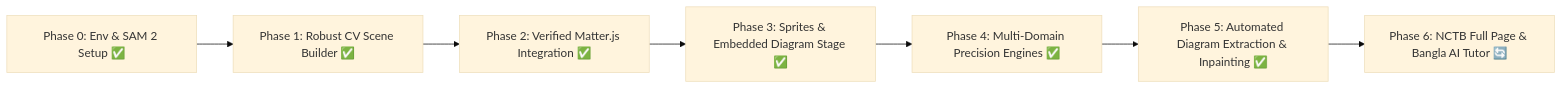
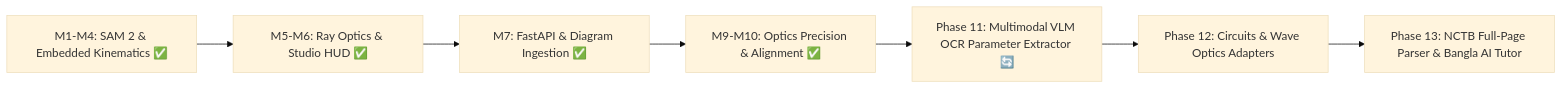
Before and after one commit to rahi-sadat/AI-Enhanced-Interactive-Physics-Textbook: the diagram in PROJECT_CONTEXT.md, drawn with Mermaid (base theme). The commit also changed other lines of this file and 1 other file, not shown here.

Commit message:
fix(calibration): calibrate interface refraction ray overlay and update project context

````diff
--- a/PROJECT_CONTEXT.md
+++ b/PROJECT_CONTEXT.md
@@ -199,9 +376,9 @@
 ```mermaid
 graph LR
-    P0[Phase 0: Env & SAM 2 Setup ✅] --> P1[Phase 1: Robust CV Scene Builder ✅]
-    P1 --> P2[Phase 2: Verified Matter.js Integration ✅]
-    P2 --> P3[Phase 3: Sprites & Embedded Diagram Stage ✅]
-    P3 --> P4[Phase 4: Multi-Domain Precision Engines ✅]
-    P4 --> P5[Phase 5: Automated Diagram Extraction & Inpainting ✅]
-    P5 --> P6[Phase 6: NCTB Full Page & Bangla AI Tutor 🔄]
+    M1[M1-M4: SAM 2 & Embedded Kinematics ✅] --> M5[M5-M6: Ray Optics & Studio HUD ✅]
+    M5 --> M7[M7: FastAPI & Diagram Ingestion ✅]
+    M7 --> M9[M9-M10: Optics Precision & Alignment ✅]
+    M9 --> M11[Phase 11: Multimodal VLM OCR Parameter Extractor 🔄]
+    M11 --> M12[Phase 12: Circuits & Wave Optics Adapters]
+    M12 --> M13[Phase 13: NCTB Full-Page Parser & Bangla AI Tutor]
 ```
````
